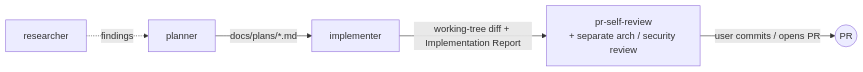
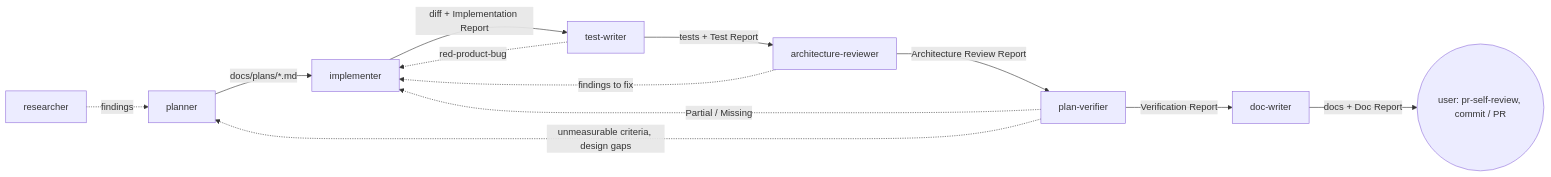
Before and after one commit to GrinIara/dev-digest: the diagram in .claude/agents/README.md, drawn with Mermaid. The commit also changed other lines of this file and 12 other files, not shown here.

First line of the commit message:
feat(agents): add test-writer, architecture-reviewer, plan-verifier and doc-writer subagents

````diff
--- a/.claude/agents/README.md
+++ b/.claude/agents/README.md
@@ -7,7 +7,14 @@
 ```mermaid
 flowchart LR
   R[researcher] -.->|findings| P[planner]
   P -->|docs/plans/*.md| I[implementer]
-  I -->|working-tree diff + Implementation Report| V["pr-self-review<br/>+ separate arch / security review"]
-  V -->|user commits / opens PR| Done((PR))
+  I -->|diff + Implementation Report| TW[test-writer]
+  TW -->|tests + Test Report| AR[architecture-reviewer]
+  AR -->|Architecture Review Report| PV[plan-verifier]
+  PV -->|Verification Report| DW[doc-writer]
+  DW -->|docs + Doc Report| U(("user: pr-self-review, commit / PR"))
+  TW -.->|red-product-bug| I
+  AR -.->|findings to fix| I
+  PV -.->|Partial / Missing| I
+  PV -.->|unmeasurable criteria, design gaps| P
 ```
````
